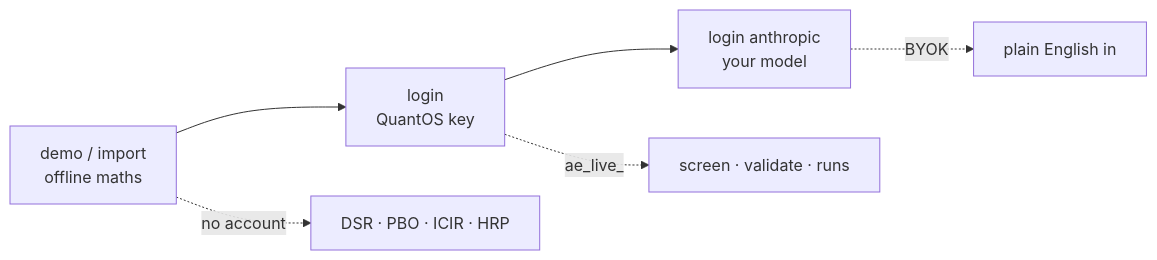
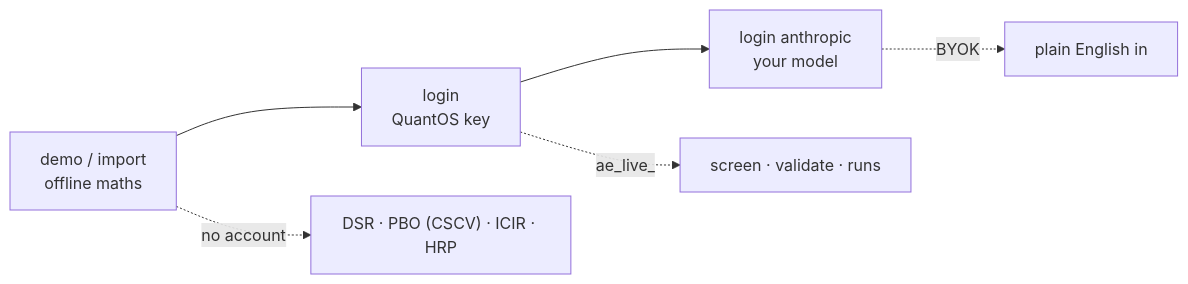
One commit to quantOSC/alphaengine changed the diagram in README.md. Above: the diagram before and after it, drawn with Mermaid. The commit also changed other lines of this file and 11 other files, not shown here.

Commit message:
chore(version): load __version__ from importlib.metadata and standardize combinatorial_oos_stability / PBO via CSCV

````diff
--- a/README.md
+++ b/README.md
@@ -149,8 +149,8 @@
 ```mermaid
 flowchart LR
   A["demo / import<br/>offline maths"] --> B["login<br/>QuantOS key"]
   B --> C["login anthropic<br/>your model"]
-  A -.->|"no account"| D["DSR · PBO · ICIR · HRP"]
+  A -.->|"no account"| D["DSR · PBO (CSCV) · ICIR · HRP"]
   B -.->|"ae_live_"| E["screen · validate · runs"]
   C -.->|"BYOK"| F["plain English in"]
 ```
````
